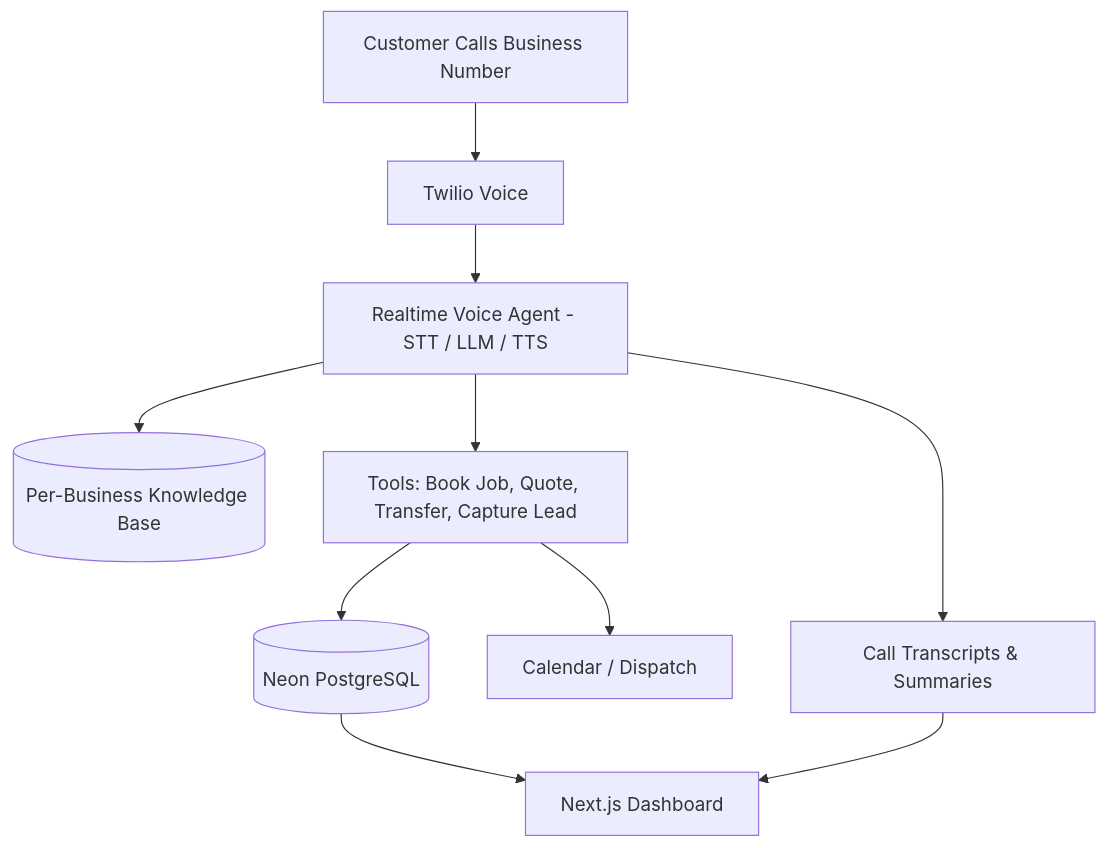
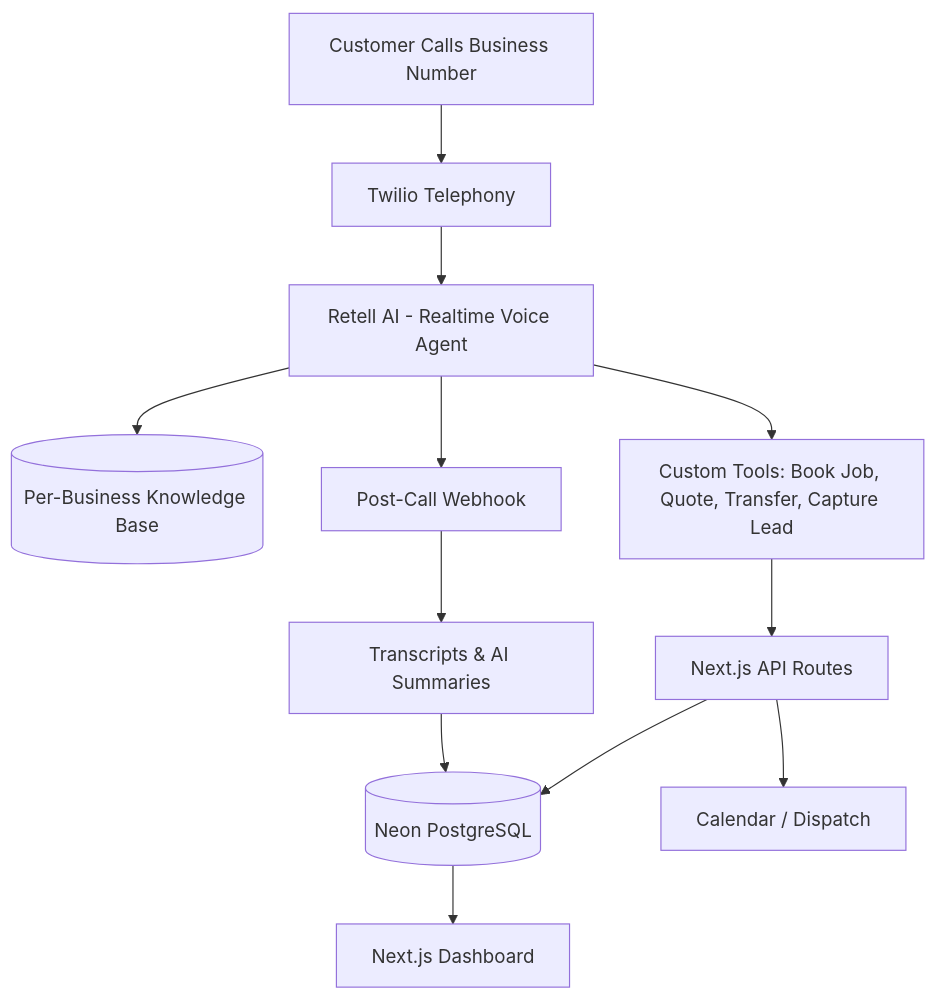
One commit to merickarpat/merickarpat changed the first of 2 diagrams in README.md. Above: the diagram before and after it, drawn with Mermaid. The commit also changed other lines of this file, not shown here.

First line of the commit message:
Add Retell AI to Heyfield and experiment/forecast to RevTune

````diff
--- a/README.md
+++ b/README.md
@@ -62,15 +62,18 @@
 ```mermaid
 flowchart TB
-  caller[Customer Calls Business Number] --> twilio[Twilio Voice]
-  twilio --> agent[Realtime Voice Agent - STT / LLM / TTS]
+  caller[Customer Calls Business Number] --> twilio[Twilio Telephony]
+  twilio --> retell[Retell AI - Realtime Voice Agent]
 
-  agent --> kb[(Per-Business Knowledge Base)]
-  agent --> tools[Tools: Book Job, Quote, Transfer, Capture Lead]
+  retell --> kb[(Per-Business Knowledge Base)]
+  retell --> tools[Custom Tools: Book Job, Quote, Transfer, Capture Lead]
 
-  tools --> db[(Neon PostgreSQL)]
-  tools --> calendar[Calendar / Dispatch]
+  tools --> api[Next.js API Routes]
+  api --> db[(Neon PostgreSQL)]
+  api --> calendar[Calendar / Dispatch]
+
+  retell --> webhook[Post-Call Webhook]
+  webhook --> transcripts[Transcripts & AI Summaries]
+  transcripts --> db
 
   db --> dashboard[Next.js Dashboard]
-  agent --> transcripts[Call Transcripts & Summaries]
-  transcripts --> dashboard
 ```
````
